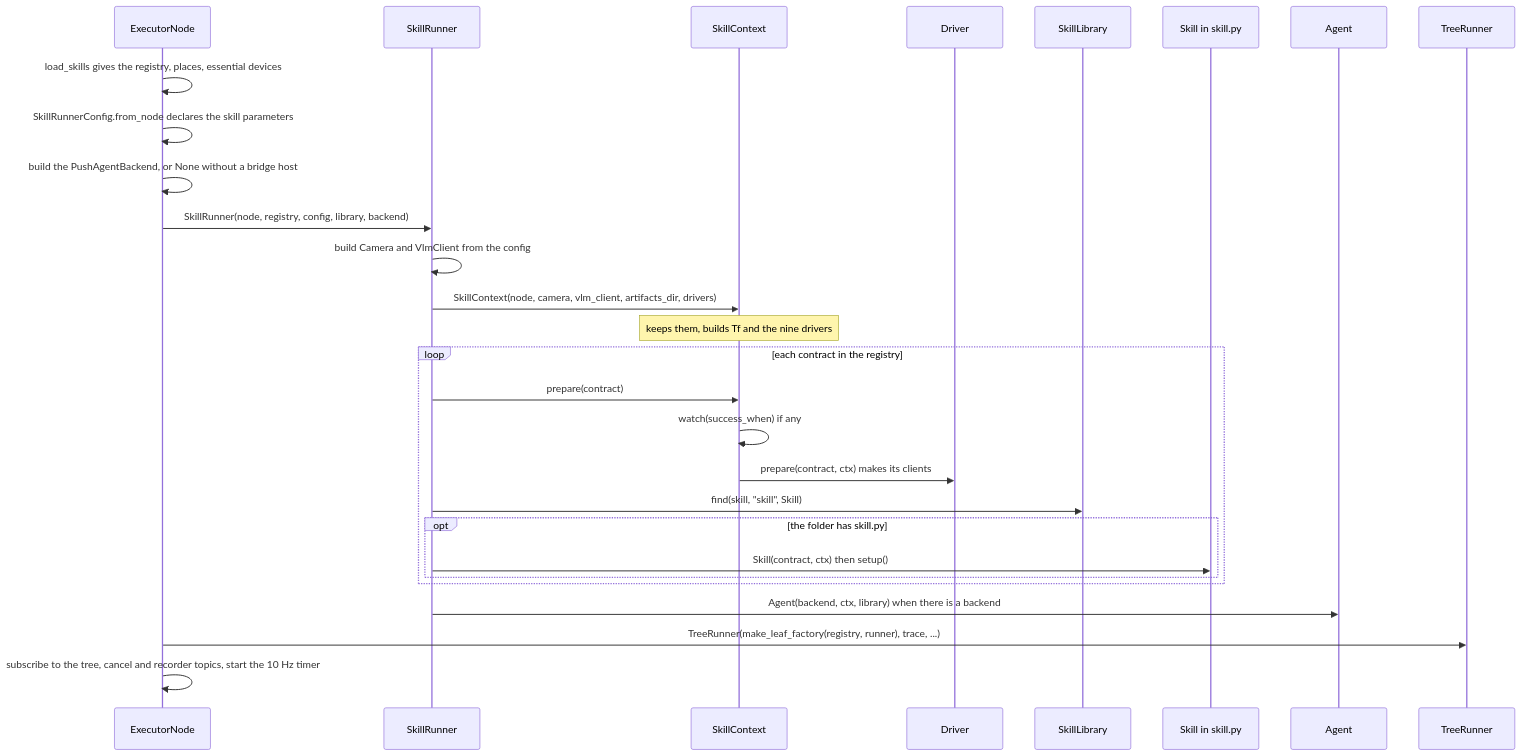
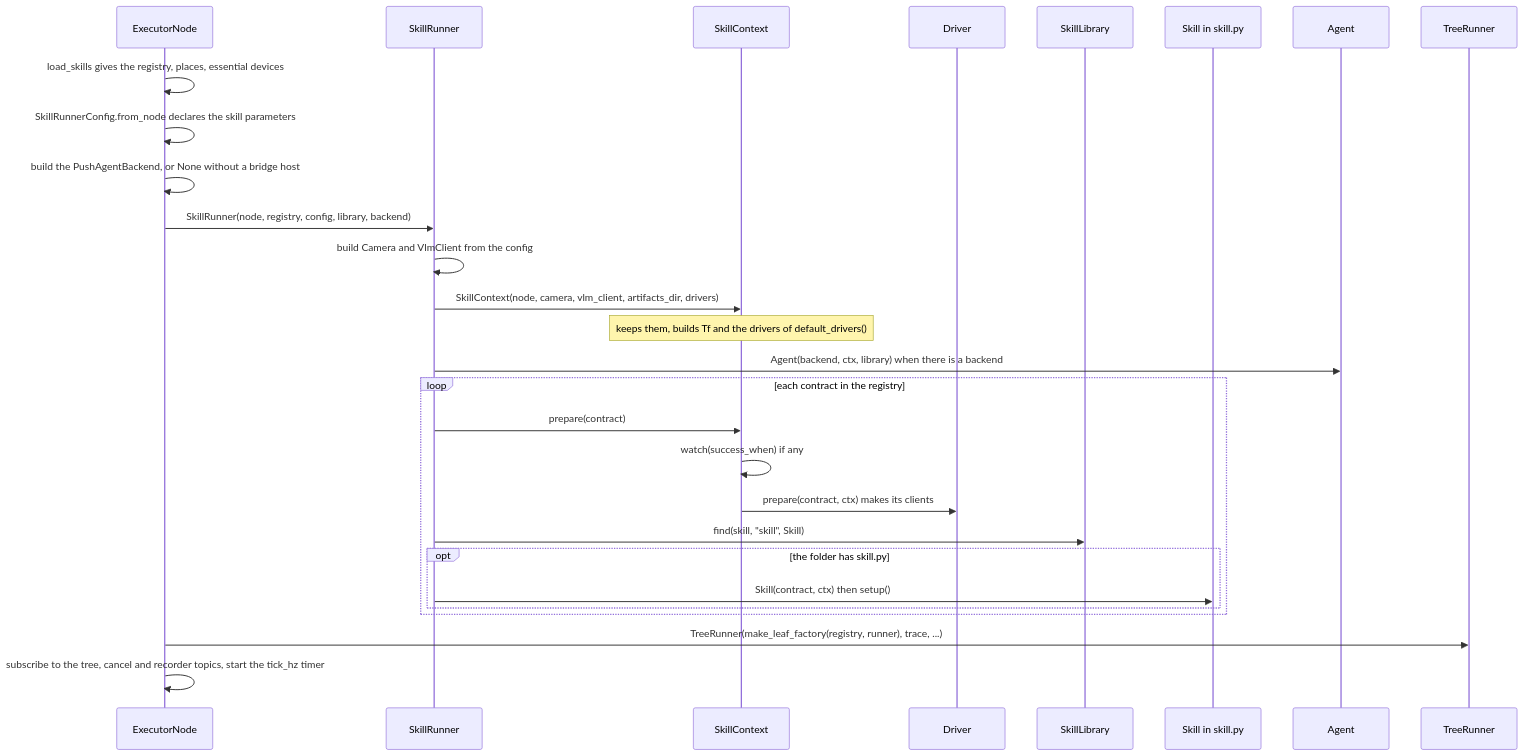
Before and after one commit to EigenVectorRobotics/orchestrator: the first of 5 diagrams in docs/design/sequences.md, drawn with Mermaid. The commit also changed other lines of this file and 73 other files, not shown here.

````diff
--- a/docs/design/sequences.md
+++ b/docs/design/sequences.md
@@ -9,30 +9,30 @@
 ```mermaid
 sequenceDiagram
   participant EX as ExecutorNode
   participant SR as SkillRunner
   participant CTX as SkillContext
   participant D as Driver
   participant LIB as SkillLibrary
   participant S as Skill in skill.py
   participant AG as Agent
   participant TR as TreeRunner
   EX->>EX: load_skills gives the registry, places, essential devices
   EX->>EX: SkillRunnerConfig.from_node declares the skill parameters
   EX->>EX: build the PushAgentBackend, or None without a bridge host
   EX->>SR: SkillRunner(node, registry, config, library, backend)
   SR->>SR: build Camera and VlmClient from the config
   SR->>CTX: SkillContext(node, camera, vlm_client, artifacts_dir, drivers)
-  Note over CTX: keeps them, builds Tf and the nine drivers
+  Note over CTX: keeps them, builds Tf and the drivers of default_drivers()
+  SR->>AG: Agent(backend, ctx, library) when there is a backend
   loop each contract in the registry
     SR->>CTX: prepare(contract)
     CTX->>CTX: watch(success_when) if any
     CTX->>D: prepare(contract, ctx) makes its clients
     SR->>LIB: find(skill, "skill", Skill)
     opt the folder has skill.py
       SR->>S: Skill(contract, ctx) then setup()
     end
   end
-  SR->>AG: Agent(backend, ctx, library) when there is a backend
   EX->>TR: TreeRunner(make_leaf_factory(registry, runner), trace, ...)
-  EX->>EX: subscribe to the tree, cancel and recorder topics, start the 10 Hz timer
+  EX->>EX: subscribe to the tree, cancel and recorder topics, start the tick_hz timer
 ```
````
